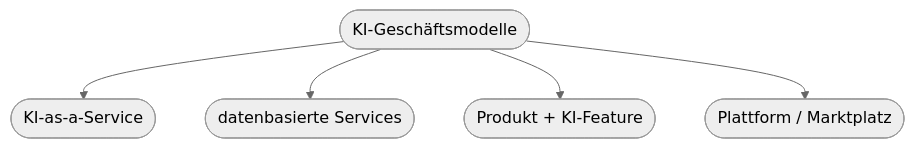
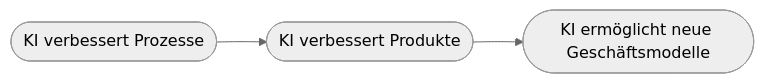
Before and after one commit to Qualidy/Prompt-Engineering-KI-in-der-Arbeitswelt: the diagram in docs/content/kapitel38.md, drawn with Mermaid (neutral theme). The commit also changed other lines of this file and 80 other files, not shown here.

````diff
--- a/docs/content/kapitel38.md
+++ b/docs/content/kapitel38.md
@@ -34,7 +21,5 @@
 ```mermaid
-flowchart TD
-    A([KI-Geschäftsmodelle]) --> B([KI-as-a-Service])
-    A --> C([datenbasierte Services])
-    A --> D([Produkt + KI-Feature])
-    A --> E([Plattform / Marktplatz])
+flowchart LR
+    A([KI verbessert Prozesse]) --> B([KI verbessert Produkte])
+    B --> C([KI ermöglicht neue Geschäftsmodelle])
 ```
````
